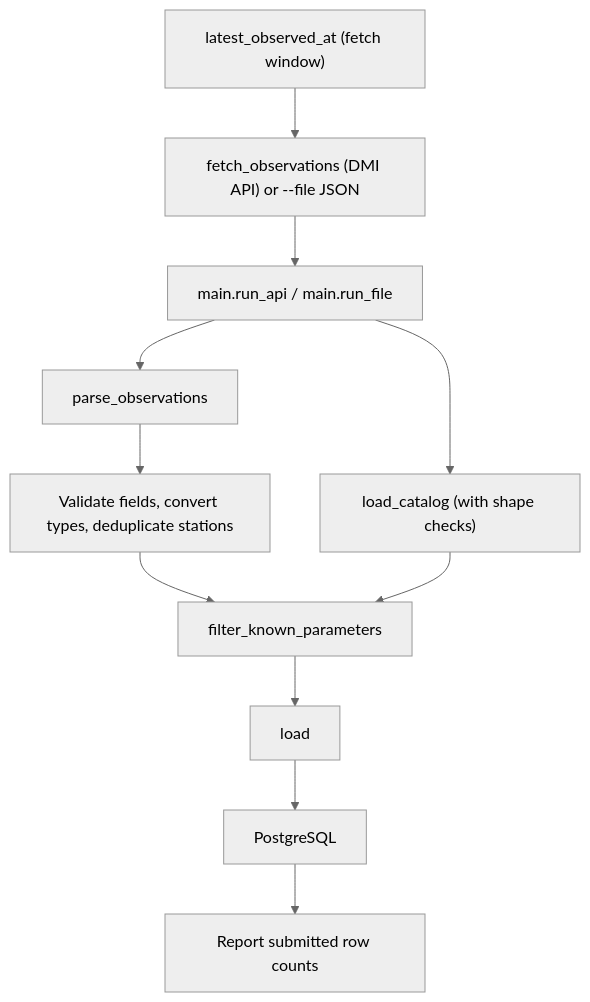
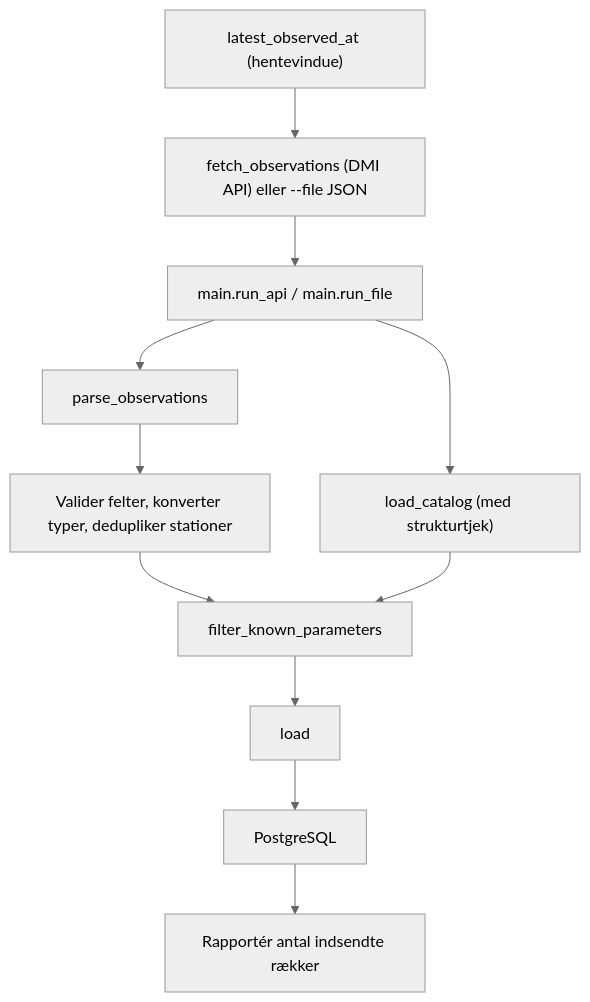
One commit to Pliniussen/dmi-ohs-data-pipeline changed the first of 2 diagrams in presentation.md. Above: the diagram before and after it, drawn with Mermaid (neutral theme). The commit also changed other lines of this file, not shown here.

````diff
--- a/presentation.md
+++ b/presentation.md
@@ -15,13 +15,13 @@
 ```mermaid
 flowchart TD
-    W["latest_observed_at (fetch window)"] --> A
-    A["fetch_observations (DMI API) or --file JSON"] --> B["main.run_api / main.run_file"]
+    W["latest_observed_at (hentevindue)"] --> A
+    A["fetch_observations (DMI API) eller --file JSON"] --> B["main.run_api / main.run_file"]
     B --> C["parse_observations"]
-    C --> D["Validate fields, convert types, deduplicate stations"]
-    B --> E["load_catalog (with shape checks)"]
+    C --> D["Valider felter, konverter typer, dedupliker stationer"]
+    B --> E["load_catalog (med strukturtjek)"]
     D --> F["filter_known_parameters"]
     E --> F
     F --> G["load"]
     G --> H["PostgreSQL"]
-    H --> I["Report submitted row counts"]
+    H --> I["Rapportér antal indsendte rækker"]
 ```
````
